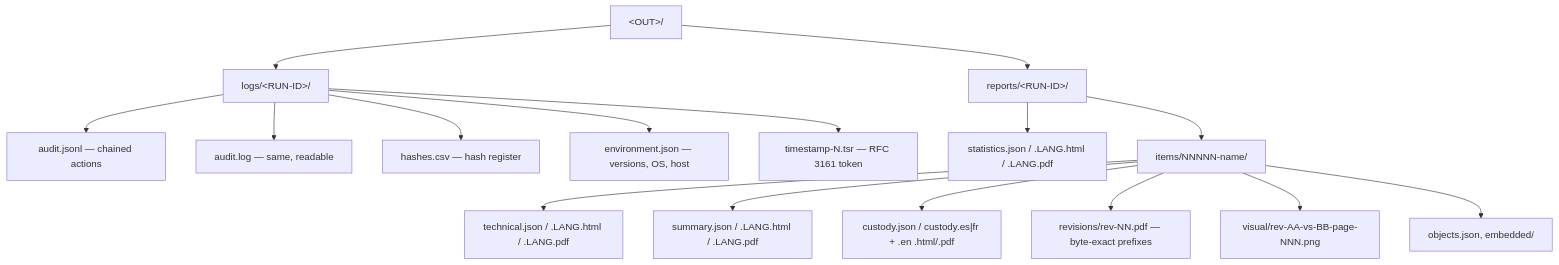
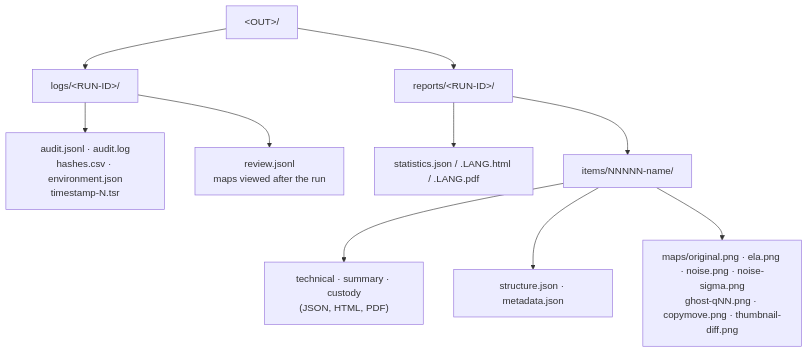
Before and after one commit to Panacota96/rv-imgauth: the second of 2 diagrams in README.md, drawn with Mermaid. The commit also changed other lines of this file and 17 other files, not shown here.

````diff
--- a/README.md
+++ b/README.md
@@ -100,18 +138,12 @@
 ```mermaid
 flowchart TB
     OUT["&lt;OUT&gt;/"] --> LOGS["logs/&lt;RUN-ID&gt;/"]
     OUT --> REP["reports/&lt;RUN-ID&gt;/"]
-    LOGS --> L1["audit.jsonl — chained actions"]
-    LOGS --> L2["audit.log — same, readable"]
-    LOGS --> L3["hashes.csv — hash register"]
-    LOGS --> L4["environment.json — versions, OS, host"]
+    LOGS --> L1["audit.jsonl · audit.log<br/>hashes.csv · environment.json<br/>timestamp-N.tsr"]
+    LOGS --> L2["review.jsonl<br/>maps viewed after the run"]
     REP --> R1["statistics.json / .LANG.html / .LANG.pdf"]
     REP --> IT["items/NNNNN-name/"]
-    IT --> T["technical.json / .LANG.html / .LANG.pdf"]
-    IT --> S["summary.json / .LANG.html / .LANG.pdf"]
-    IT --> K["custody.json / custody.es|fr + .en .html/.pdf"]
-    IT --> RV["revisions/rev-NN.pdf — byte-exact prefixes"]
-    IT --> VI["visual/rev-AA-vs-BB-page-NNN.png"]
-    IT --> OB["objects.json, embedded/"]
-    LOGS --> L5["timestamp-N.tsr — RFC 3161 token"]
+    IT --> T["technical · summary · custody<br/>(JSON, HTML, PDF)"]
+    IT --> SJ["structure.json · metadata.json"]
+    IT --> MP["maps/original.png · ela.png · noise.png · noise-sigma.png<br/>ghost-qNN.png · copymove.png · thumbnail-diff.png"]
 ```
````
